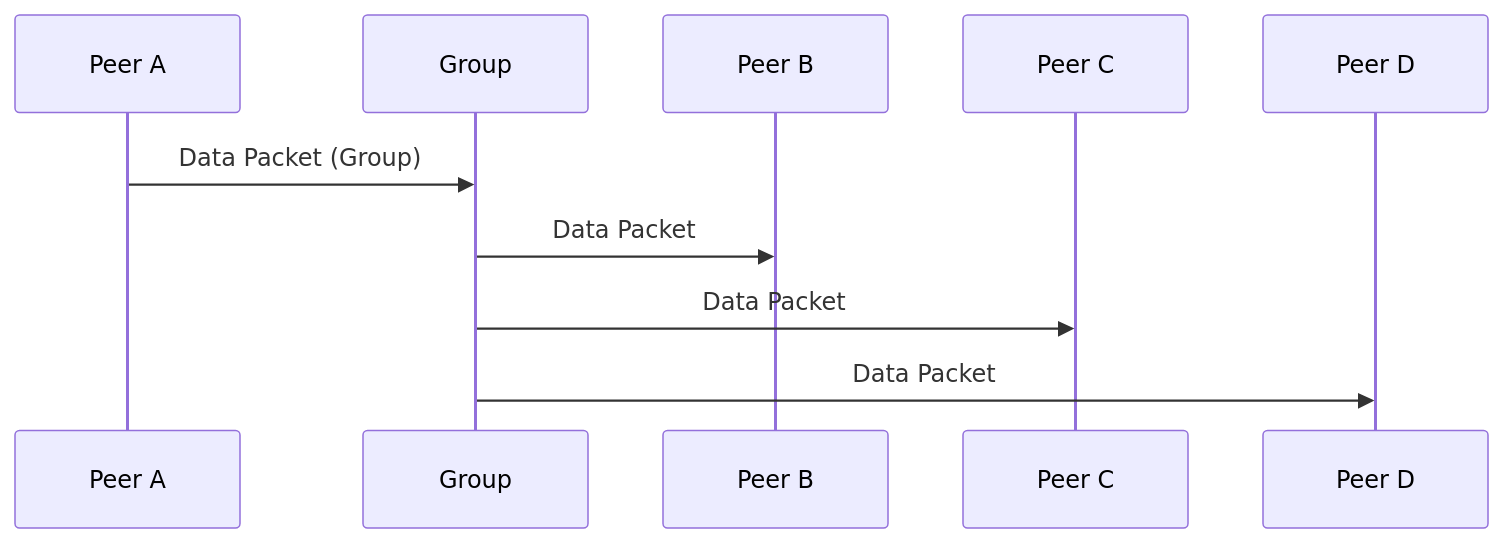
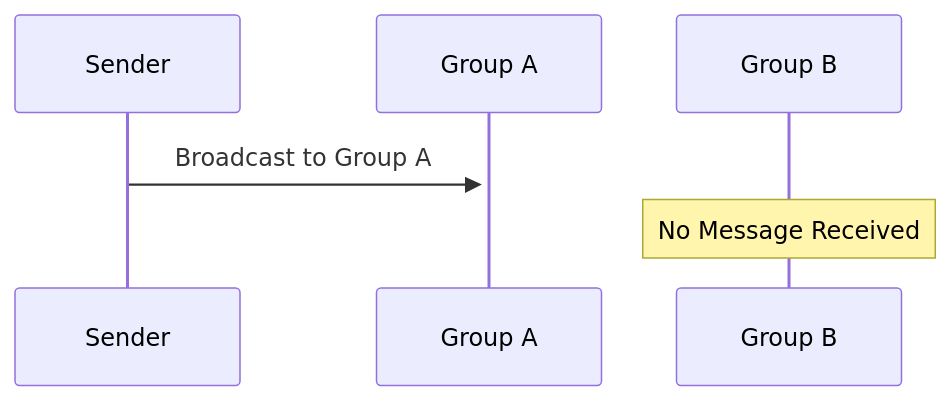
One commit to Fastcode/NUClear changed diagram 15 of 15 in docs2/network/NUClearNet.md. Above: the diagram before and after it, drawn with Mermaid. The commit also changed other lines of this file, not shown here.

````diff
--- a/docs2/network/NUClearNet.md
+++ b/docs2/network/NUClearNet.md
@@ -103,9 +460,9 @@
 ```mermaid
 sequenceDiagram
-    participant Peer A
-    participant Group
-    Peer A->>Group: Data Packet (Group)
-    Group->>Peer B: Data Packet
-    Group->>Peer C: Data Packet
-    Group->>Peer D: Data Packet
+    participant Sender
+    participant Group A
+    participant Group B
+
+    Sender->>+Group A: Broadcast to Group A
+    Note over Group B: No Message Received
 ```
````
